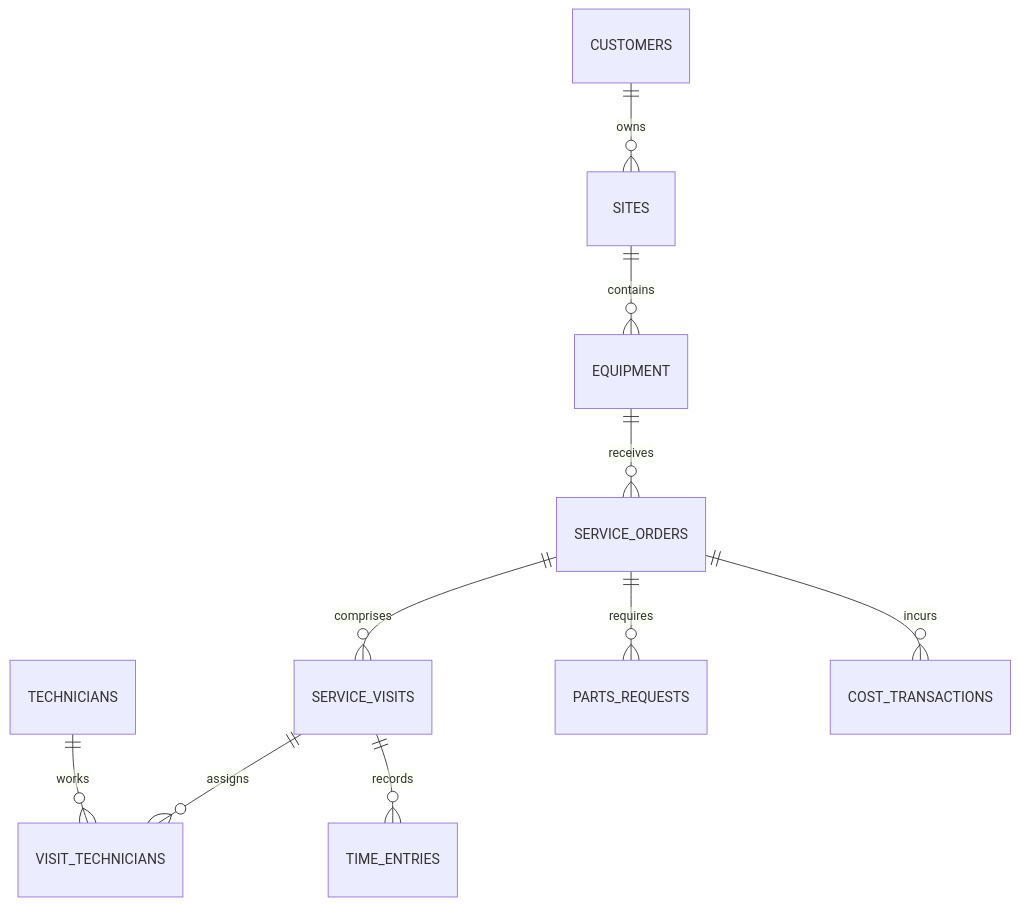
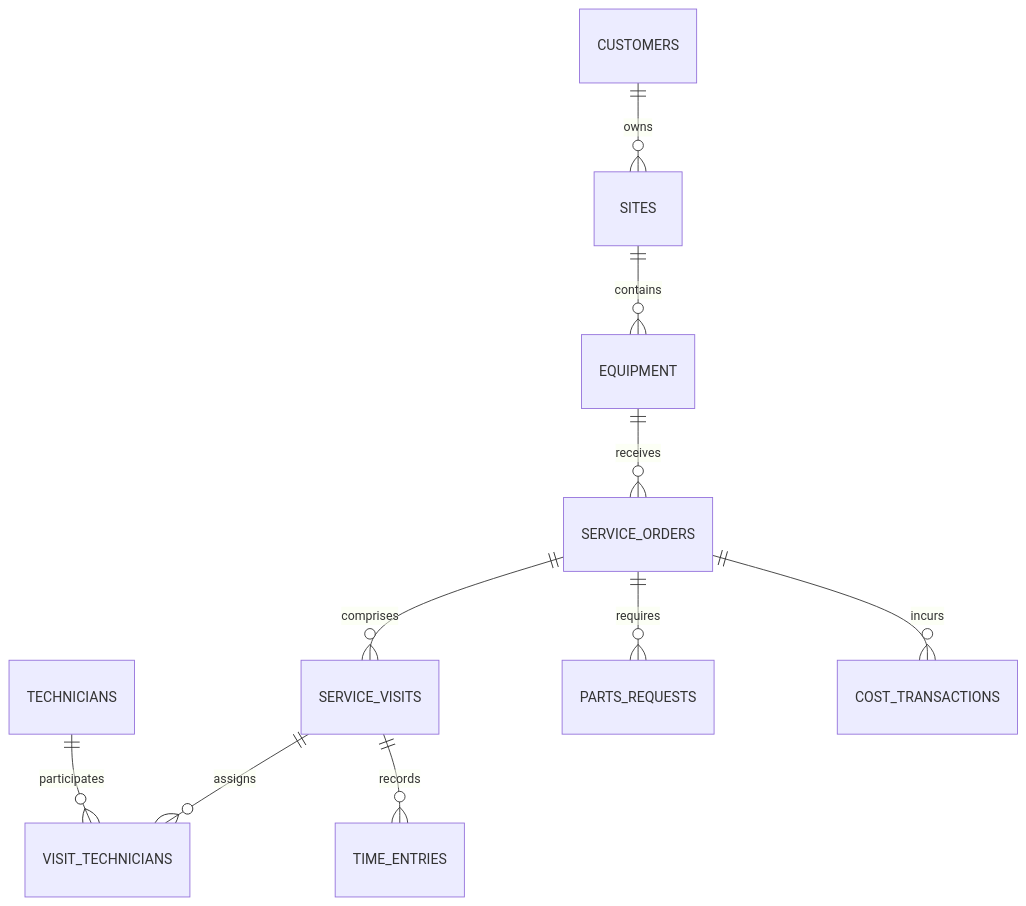
One commit to mirza019/fieldops-intelligence changed the second of 5 diagrams in README.md. Above: the diagram before and after it, drawn with Mermaid. The commit also changed other lines of this file, not shown here.

Commit message:
Rewrite README to match the actual FieldOps architecture and status

````diff
--- a/README.md
+++ b/README.md
@@ -42,12 +75,12 @@
 ```mermaid
 erDiagram
- CUSTOMERS||--o{SITES:owns
- SITES||--o{EQUIPMENT:contains
- EQUIPMENT||--o{SERVICE_ORDERS:receives
- SERVICE_ORDERS||--o{SERVICE_VISITS:comprises
- SERVICE_VISITS||--o{VISIT_TECHNICIANS:assigns
- TECHNICIANS||--o{VISIT_TECHNICIANS:works
- SERVICE_VISITS||--o{TIME_ENTRIES:records
- SERVICE_ORDERS||--o{PARTS_REQUESTS:requires
- SERVICE_ORDERS||--o{COST_TRANSACTIONS:incurs
+    CUSTOMERS ||--o{ SITES : owns
+    SITES ||--o{ EQUIPMENT : contains
+    EQUIPMENT ||--o{ SERVICE_ORDERS : receives
+    SERVICE_ORDERS ||--o{ SERVICE_VISITS : comprises
+    SERVICE_VISITS ||--o{ VISIT_TECHNICIANS : assigns
+    TECHNICIANS ||--o{ VISIT_TECHNICIANS : participates
+    SERVICE_VISITS ||--o{ TIME_ENTRIES : records
+    SERVICE_ORDERS ||--o{ PARTS_REQUESTS : requires
+    SERVICE_ORDERS ||--o{ COST_TRANSACTIONS : incurs
 ```
````
